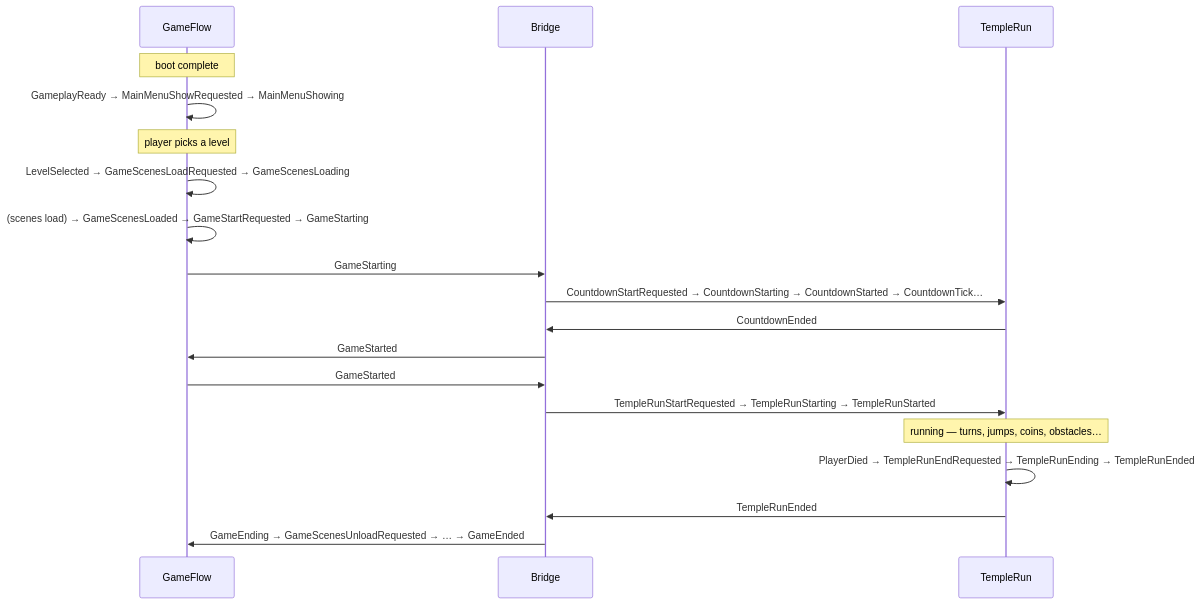
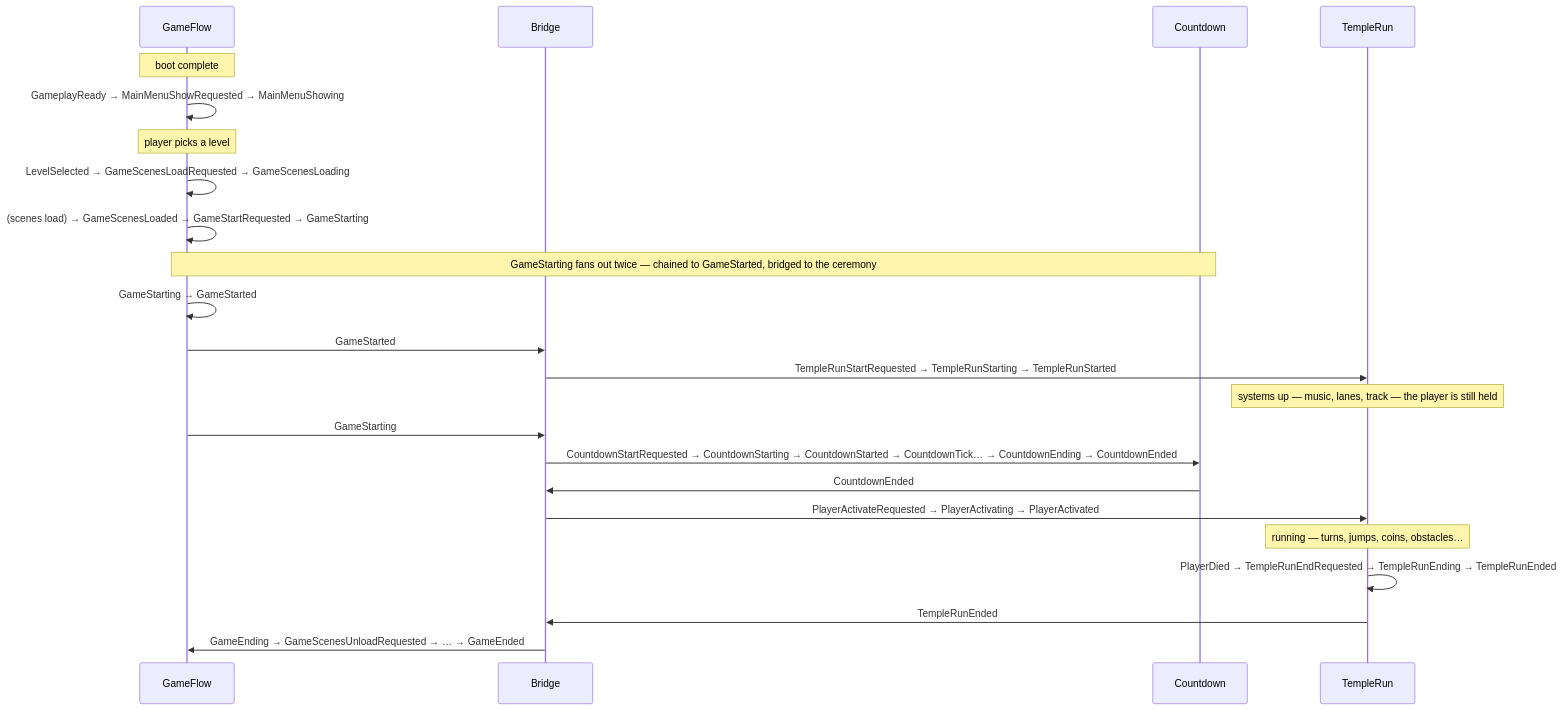
Before and after one commit to crawfis/EndlessRunnerTemplate: the second of 3 diagrams in docs/ARCHITECTURE.md, drawn with Mermaid. The commit also changed other lines of this file and 51 other files, not shown here.

First line of the commit message:
Extract the Countdown domain and split systems-up from player-go

````diff
--- a/docs/ARCHITECTURE.md
+++ b/docs/ARCHITECTURE.md
@@ -102,22 +114,26 @@
 ```mermaid
 sequenceDiagram
     participant GF as GameFlow
     participant BR as Bridge
+    participant CD as Countdown
     participant TR as TempleRun
 
     Note over GF: boot complete
     GF->>GF: GameplayReady → MainMenuShowRequested → MainMenuShowing
     Note over GF: player picks a level
     GF->>GF: LevelSelected → GameScenesLoadRequested → GameScenesLoading
     GF->>GF: (scenes load) → GameScenesLoaded → GameStartRequested → GameStarting
-    GF->>BR: GameStarting
-    BR->>TR: CountdownStartRequested → CountdownStarting → CountdownStarted → CountdownTick…
-    TR->>BR: CountdownEnded
-    BR->>GF: GameStarted
+    Note over GF,CD: GameStarting fans out twice — chained to GameStarted, bridged to the ceremony
+    GF->>GF: GameStarting → GameStarted
     GF->>BR: GameStarted
     BR->>TR: TempleRunStartRequested → TempleRunStarting → TempleRunStarted
+    Note over TR: systems up — music, lanes, track — the player is still held
+    GF->>BR: GameStarting
+    BR->>CD: CountdownStartRequested → CountdownStarting → CountdownStarted → CountdownTick… → CountdownEnding → CountdownEnded
+    CD->>BR: CountdownEnded
+    BR->>TR: PlayerActivateRequested → PlayerActivating → PlayerActivated
     Note over TR: running — turns, jumps, coins, obstacles…
     TR->>TR: PlayerDied → TempleRunEndRequested → TempleRunEnding → TempleRunEnded
     TR->>BR: TempleRunEnded
     BR->>GF: GameEnding → GameScenesUnloadRequested → … → GameEnded
 ```
````
